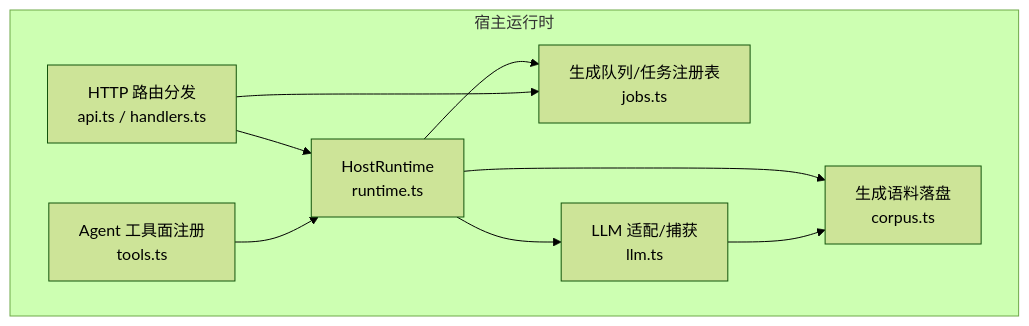
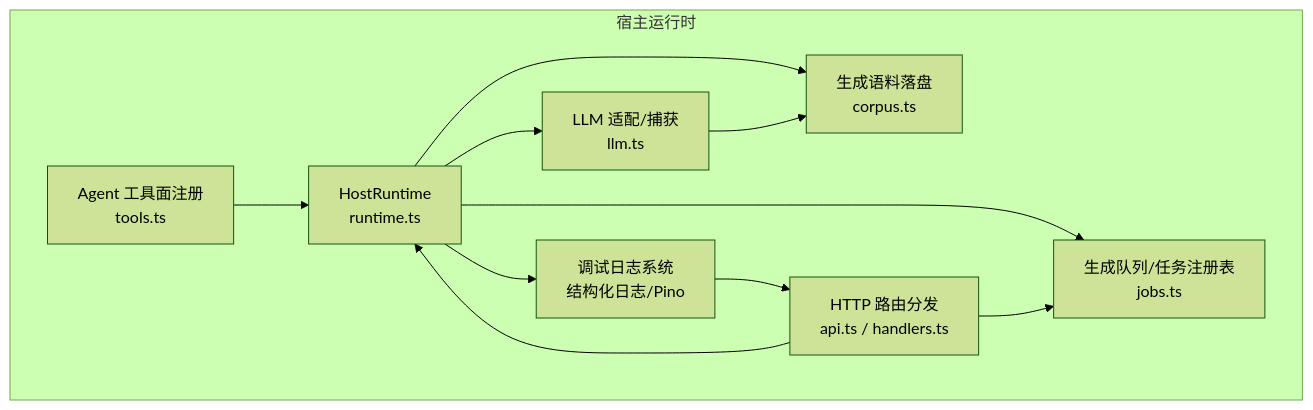
The first of 6 diagrams in .qoder/repowiki/zh/content/架构设计/宿主集成/运行时管理.md (maozhijie/learnhub-plugin), drawn with Mermaid (forest theme) before and after one commit. The commit also changed other lines of this file and 43 other files, not shown here.

````diff
--- a/.qoder/repowiki/zh/content/架构设计/宿主集成/运行时管理.md
+++ b/.qoder/repowiki/zh/content/架构设计/宿主集成/运行时管理.md
@@ -33,18 +41,21 @@
 ```mermaid
 graph TB
 subgraph "宿主运行时"
 RT["HostRuntime<br/>runtime.ts"]
 JOBS["生成队列/任务注册表<br/>jobs.ts"]
 LLM["LLM 适配/捕获<br/>llm.ts"]
 CORPUS["生成语料落盘<br/>corpus.ts"]
 API["HTTP 路由分发<br/>api.ts / handlers.ts"]
 TOOLS["Agent 工具面注册<br/>tools.ts"]
+DEBUGLOG["调试日志系统<br/>结构化日志/Pino"]
 end
 RT --> JOBS
 RT --> LLM
 RT --> CORPUS
 API --> RT
 API --> JOBS
 TOOLS --> RT
 LLM --> CORPUS
+RT --> DEBUGLOG
+DEBUGLOG --> API
 ```
````
